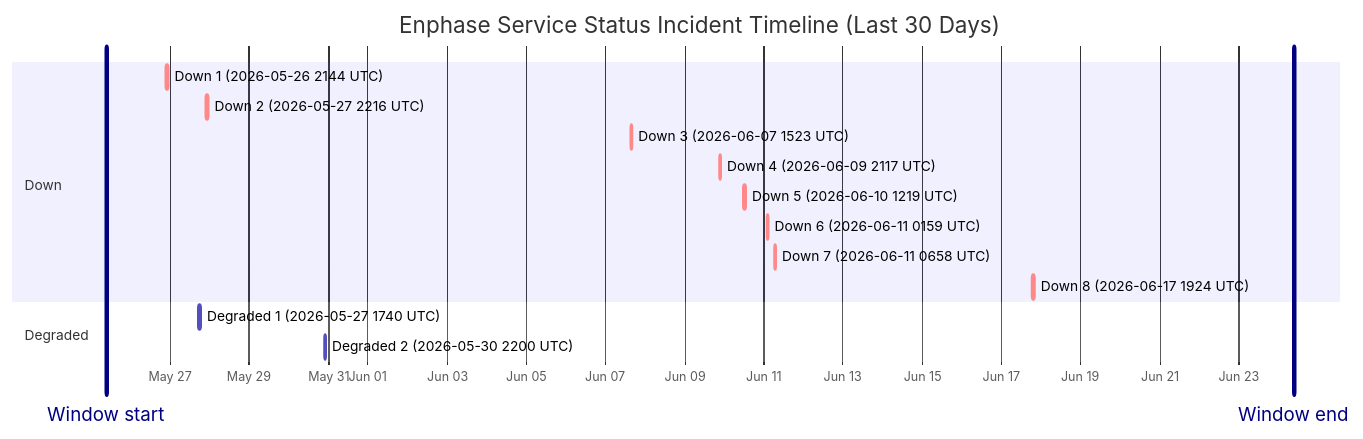
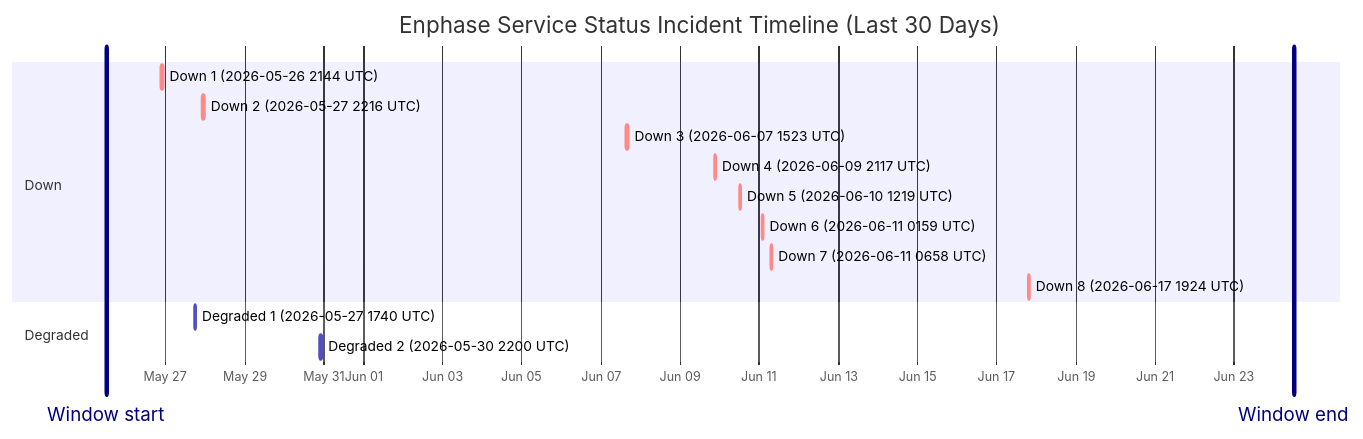
One commit to barneyonline/ha-enphase-energy changed the diagram in wiki/Service-Status-History.md. Above: the diagram before and after it, drawn with Mermaid. The commit also changed other lines of this file and 3 other files, not shown here.

````diff
--- a/wiki/Service-Status-History.md
+++ b/wiki/Service-Status-History.md
@@ -14,20 +14,20 @@
 ```mermaid
 gantt
     title Enphase Service Status Incident Timeline (Last 30 Days)
     dateFormat  YYYY-MM-DDTHH:mm:ss
     axisFormat  %b %d
-    Window start :vert, window-start, 2026-05-25T09:26:40, 0ms
-    Window end :vert, window-end, 2026-06-24T09:26:40, 0ms
+    Window start :vert, window-start, 2026-05-25T12:05:37, 0ms
+    Window end :vert, window-end, 2026-06-24T12:05:37, 0ms
     section Down
     Down 1 (2026-05-26 2144 UTC) :crit, down-1, 2026-05-26T21:44:11, 85m
     Down 2 (2026-05-27 2216 UTC) :crit, down-2, 2026-05-27T22:16:53, 87m
     Down 3 (2026-06-07 1523 UTC) :crit, down-3, 2026-06-07T15:23:22, 87m
     Down 4 (2026-06-09 2117 UTC) :crit, down-4, 2026-06-09T21:17:17, 60m
     Down 5 (2026-06-10 1219 UTC) :crit, down-5, 2026-06-10T12:19:21, 60m
     Down 6 (2026-06-11 0159 UTC) :crit, down-6, 2026-06-11T01:59:36, 60m
     Down 7 (2026-06-11 0658 UTC) :crit, down-7, 2026-06-11T06:58:45, 60m
     Down 8 (2026-06-17 1924 UTC) :crit, down-8, 2026-06-17T19:24:51, 60m
     section Degraded
     Degraded 1 (2026-05-27 1740 UTC) :active, degraded-1, 2026-05-27T17:40:52, 60m
     Degraded 2 (2026-05-30 2200 UTC) :active, degraded-2, 2026-05-30T22:00:37, 60m
 ```
````
